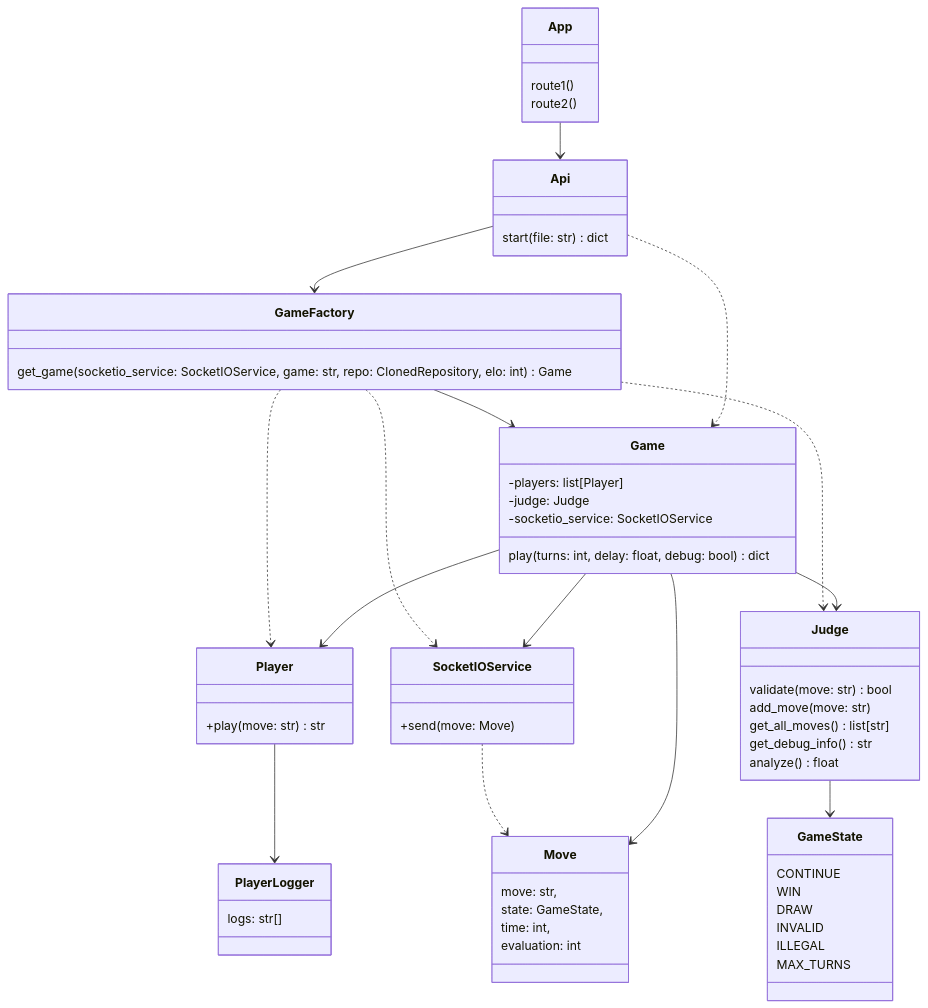
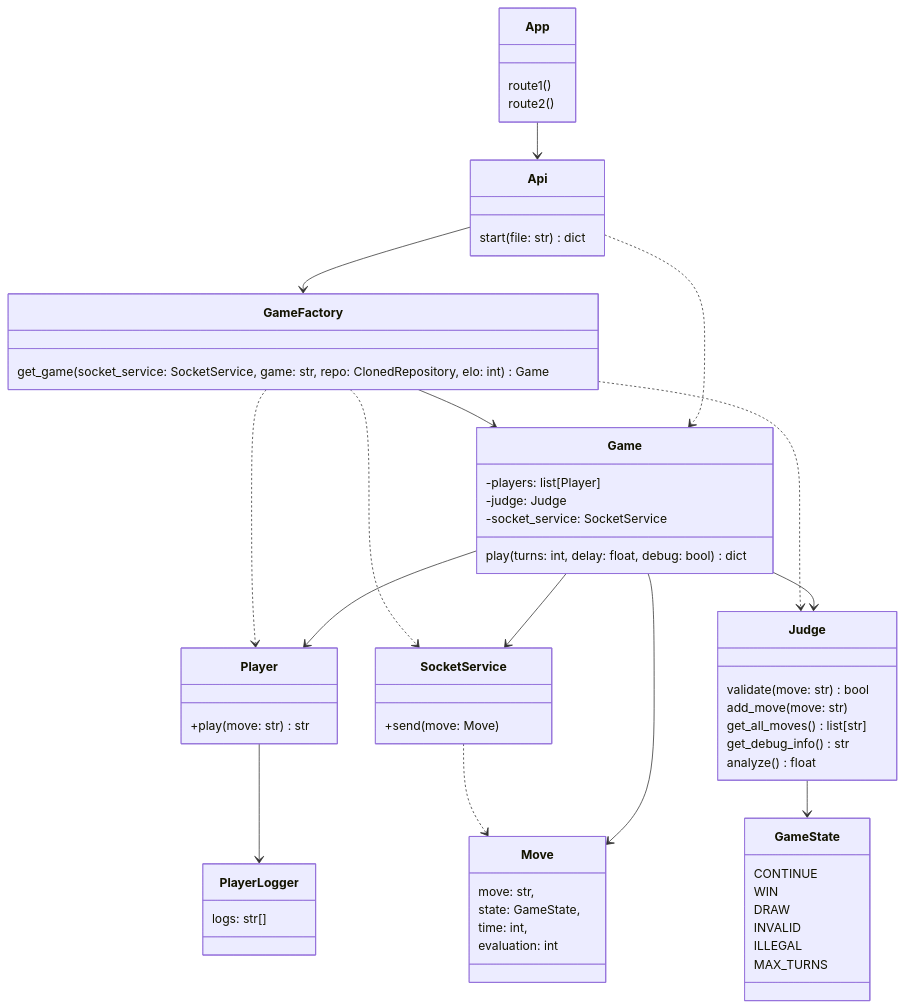
The third of 5 diagrams in docs/architecture.md (game-ai-platform-team/tira-ai-platform), drawn with Mermaid before and after one commit. The commit also changed other lines of this file and 7 other files, not shown here.

Commit message:
refactor: Rename SocketIOService to SocketService for consistency

````diff
--- a/docs/architecture.md
+++ b/docs/architecture.md
@@ -95,76 +95,76 @@
 ```mermaid
 classDiagram
 
 App --> Api
 Api ..> Game
 Api --> GameFactory
 Game --> Player
 Game --> Judge
 Game --> Move
-Game --> SocketIOService
+Game --> SocketService
 GameFactory --> Game
 GameFactory ..> Judge
 GameFactory ..> Player
-GameFactory ..> SocketIOService
+GameFactory ..> SocketService
 Judge --> GameState
 Player --> PlayerLogger
 
-SocketIOService ..> Move
+SocketService ..> Move
 
 class GameFactory {
-    get_game(socketio_service: SocketIOService, game: str, repo: ClonedRepository, elo: int) Game
+    get_game(socket_service: SocketService, game: str, repo: ClonedRepository, elo: int) Game
 }
 
 class Game {
     -players: list[Player]
     -judge: Judge
-    -socketio_service: SocketIOService
+    -socket_service: SocketService
 
     play(turns: int, delay: float, debug: bool) dict
 }
 
-class SocketIOService {
+class SocketService {
     +send(move: Move)
 }
 
 class Judge {
     validate(move: str) bool
     add_move(move: str)
     get_all_moves() list[str]
     get_debug_info() str
     analyze() float
 }
 
 class Player {
     +play(move: str) str
 }
 
 class GameState {
     CONTINUE
     WIN
     DRAW
     INVALID
     ILLEGAL
     MAX_TURNS
 }
 
 class PlayerLogger {
     logs: str[]
 }
 
 class Move {
     move: str,
     state: GameState,
     time: int,
     evaluation: int
 }
 
 class Api {
     start(file: str) dict
 }
 
 class App {
     route1()
     route2()
 }
 ```
````
